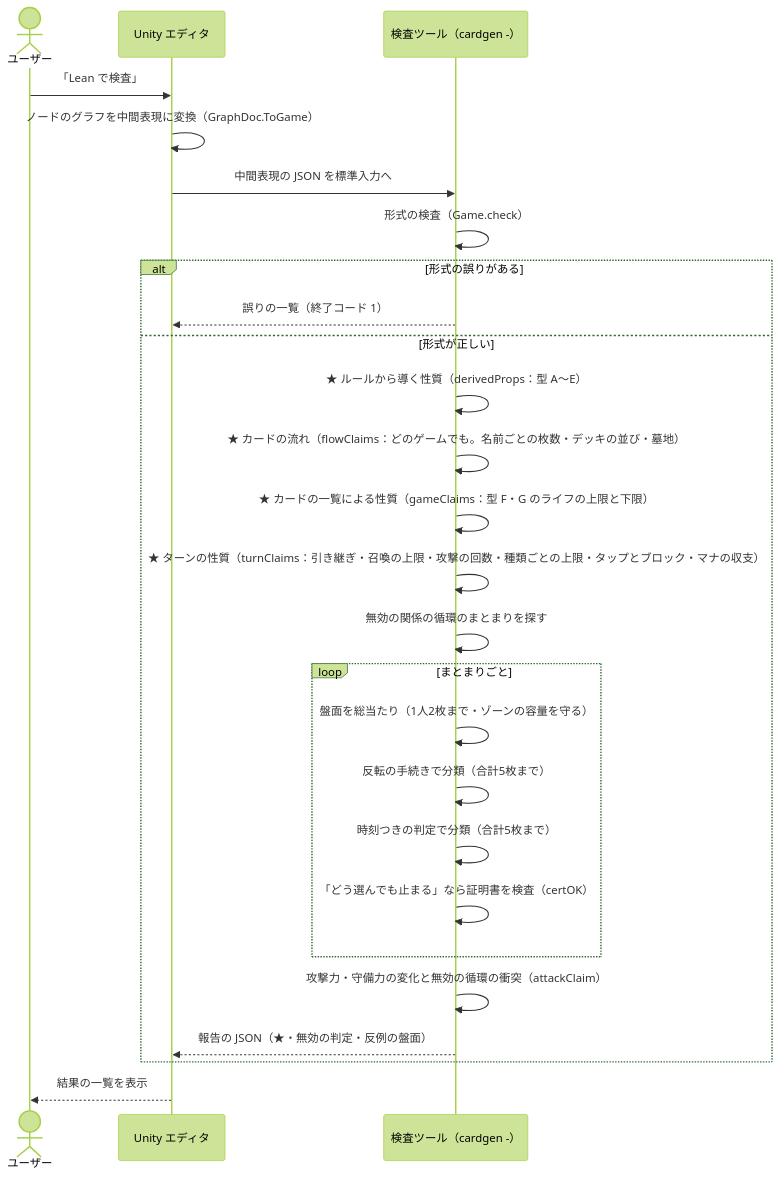
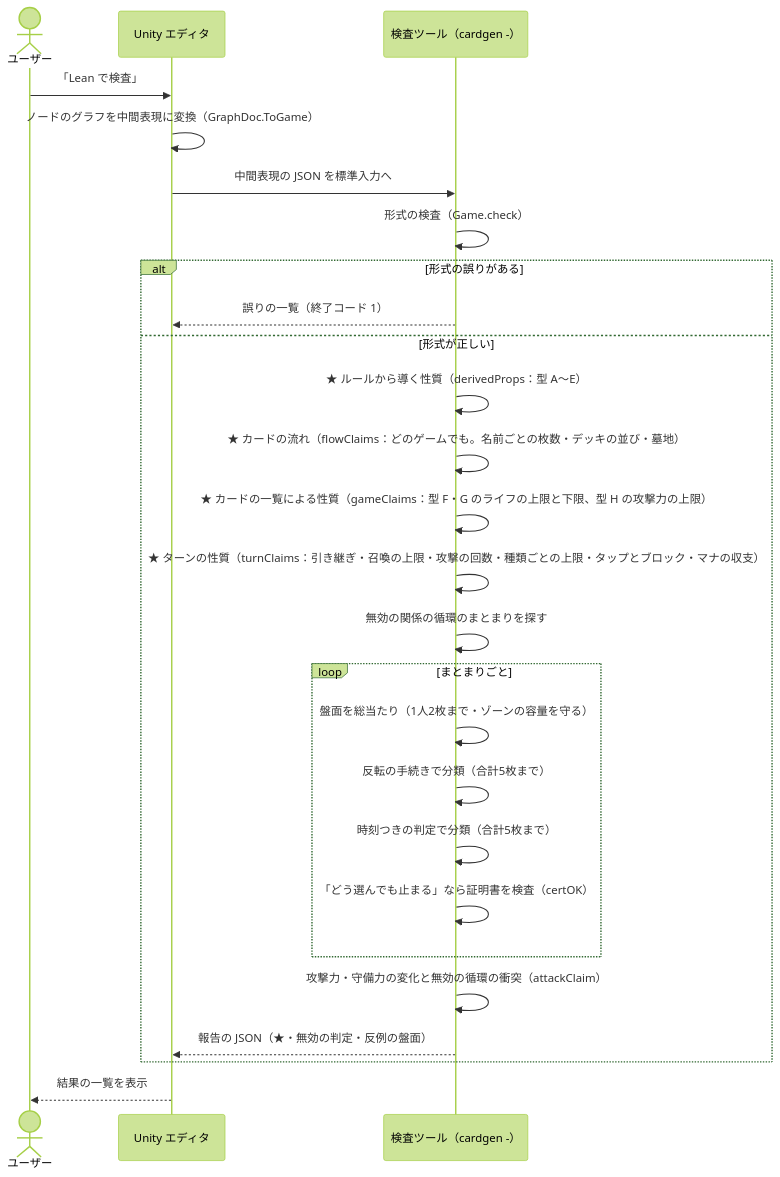
One commit to kotatu0047/yuugi-lean changed the third of 6 diagrams in アーキテクチャ.md. Above: the diagram before and after it, drawn with Mermaid (forest theme). The commit also changed other lines of this file and 10 other files, not shown here.

````diff
--- a/アーキテクチャ.md
+++ b/アーキテクチャ.md
@@ -104,28 +105,28 @@
 ```mermaid
 sequenceDiagram
   actor U as ユーザー
   participant E as Unity エディタ
   participant C as 検査ツール（cardgen -）
   U->>E: 「Lean で検査」
   E->>E: ノードのグラフを中間表現に変換（GraphDoc.ToGame）
   E->>C: 中間表現の JSON を標準入力へ
   C->>C: 形式の検査（Game.check）
   alt 形式の誤りがある
     C-->>E: 誤りの一覧（終了コード 1）
   else 形式が正しい
     C->>C: ★ ルールから導く性質（derivedProps：型 A〜E）
     C->>C: ★ カードの流れ（flowClaims：どのゲームでも。名前ごとの枚数・デッキの並び・墓地）
-    C->>C: ★ カードの一覧による性質（gameClaims：型 F・G のライフの上限と下限）
+    C->>C: ★ カードの一覧による性質（gameClaims：型 F・G のライフの上限と下限、型 H の攻撃力の上限）
     C->>C: ★ ターンの性質（turnClaims：引き継ぎ・召喚の上限・攻撃の回数・種類ごとの上限・タップとブロック・マナの収支）
     C->>C: 無効の関係の循環のまとまりを探す
     loop まとまりごと
       C->>C: 盤面を総当たり（1人2枚まで・ゾーンの容量を守る）
       C->>C: 反転の手続きで分類（合計5枚まで）
       C->>C: 時刻つきの判定で分類（合計5枚まで）
       C->>C: 「どう選んでも止まる」なら証明書を検査（certOK）
     end
     C->>C: 攻撃力・守備力の変化と無効の循環の衝突（attackClaim）
     C-->>E: 報告の JSON（★・無効の判定・反例の盤面）
   end
   E-->>U: 結果の一覧を表示
 ```
````
